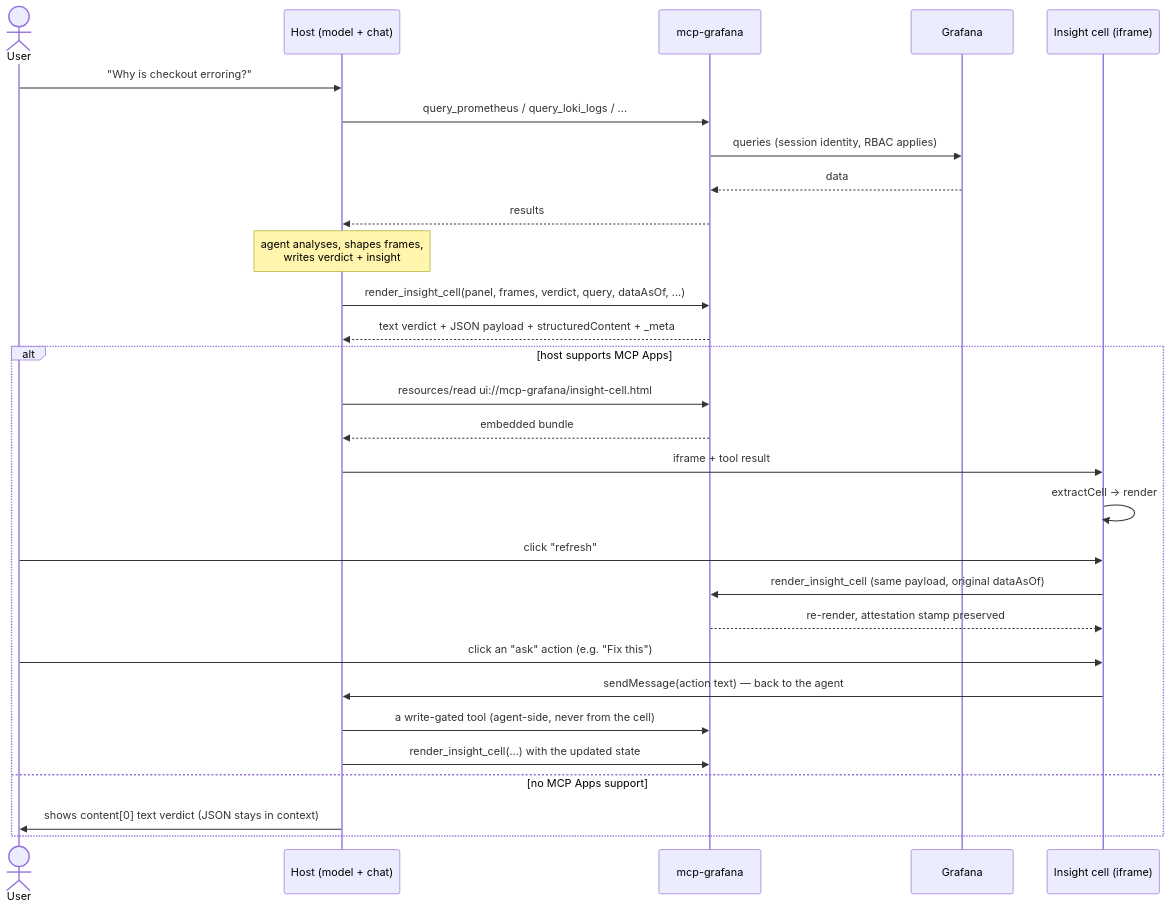
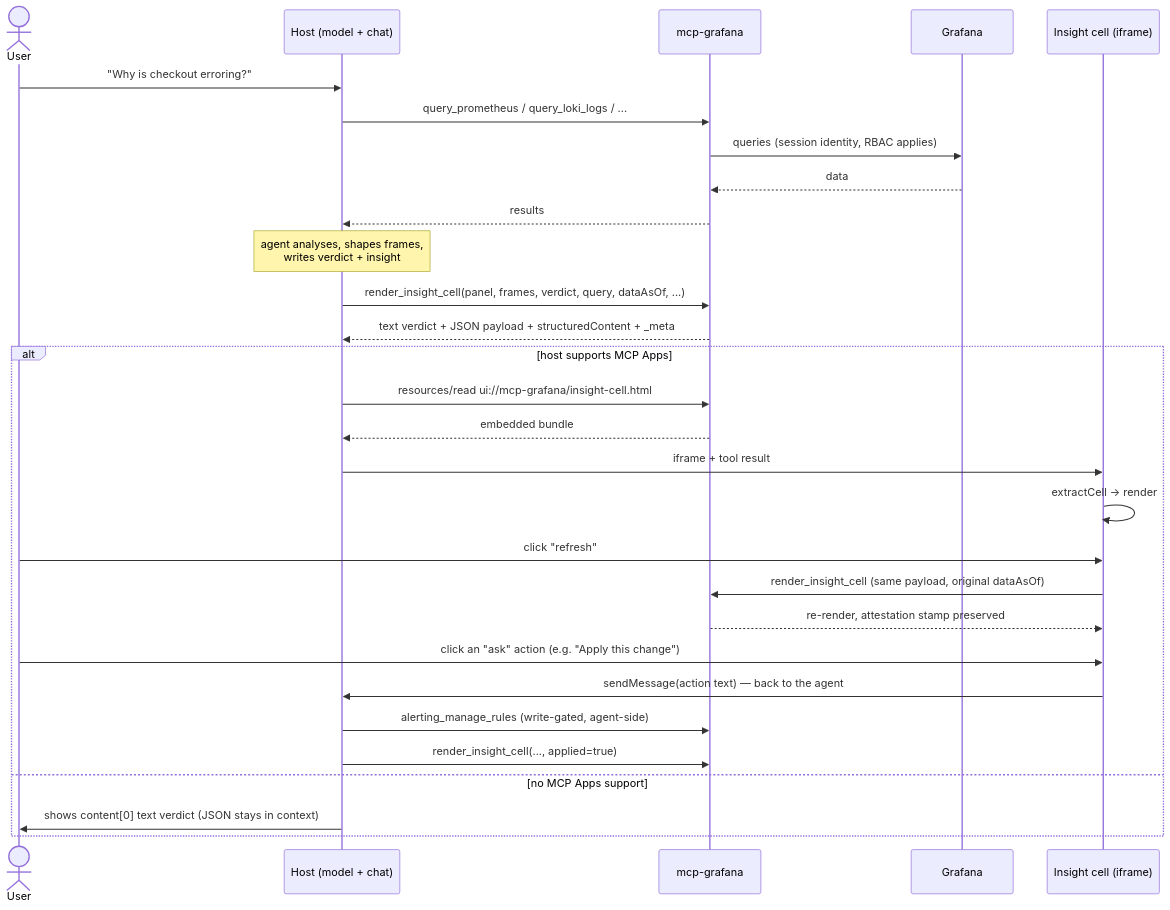
The second of 4 diagrams in docs/mcp-apps.md (grafana/mcp-grafana), drawn with Mermaid before and after one commit. The commit also changed other lines of this file and 8 other files, not shown here.

First line of the commit message:
feat(insight-cell): rulediff — propose an alert-rule fix as a before/after diff

````diff
--- a/docs/mcp-apps.md
+++ b/docs/mcp-apps.md
@@ -169,32 +170,32 @@
 ```mermaid
 sequenceDiagram
     actor U as User
     participant H as Host (model + chat)
     participant S as mcp-grafana
     participant G as Grafana
     participant A as Insight cell (iframe)
 
     U->>H: "Why is checkout erroring?"
     H->>S: query_prometheus / query_loki_logs / ...
     S->>G: queries (session identity, RBAC applies)
     G-->>S: data
     S-->>H: results
     Note over H: agent analyses, shapes frames,<br/>writes verdict + insight
     H->>S: render_insight_cell(panel, frames, verdict, query, dataAsOf, ...)
     S-->>H: text verdict + JSON payload + structuredContent + _meta
     alt host supports MCP Apps
         H->>S: resources/read ui://mcp-grafana/insight-cell.html
         S-->>H: embedded bundle
         H->>A: iframe + tool result
         A->>A: extractCell → render
         U->>A: click "refresh"
         A->>S: render_insight_cell (same payload, original dataAsOf)
         S-->>A: re-render, attestation stamp preserved
-        U->>A: click an "ask" action (e.g. "Fix this")
+        U->>A: click an "ask" action (e.g. "Apply this change")
         A->>H: sendMessage(action text) — back to the agent
-        H->>S: a write-gated tool (agent-side, never from the cell)
-        H->>S: render_insight_cell(...) with the updated state
+        H->>S: alerting_manage_rules (write-gated, agent-side)
+        H->>S: render_insight_cell(..., applied=true)
     else no MCP Apps support
         H->>U: shows content[0] text verdict (JSON stays in context)
     end
 ```
````
